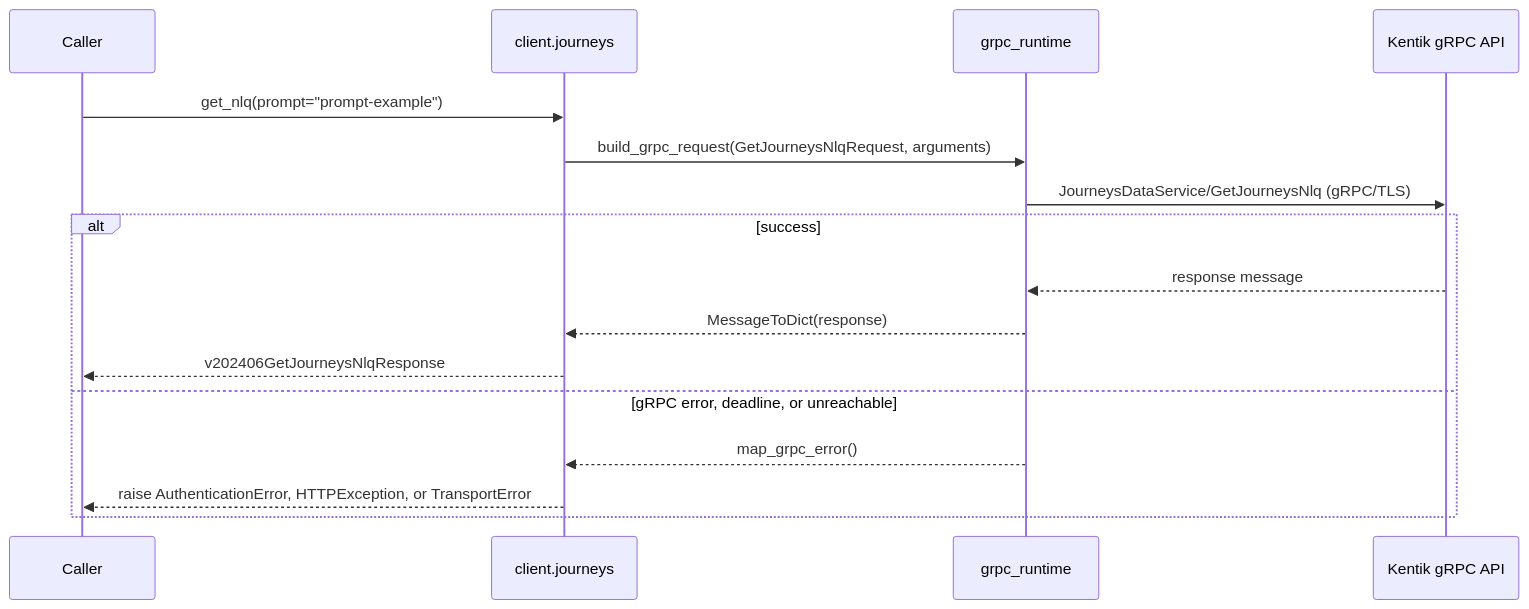
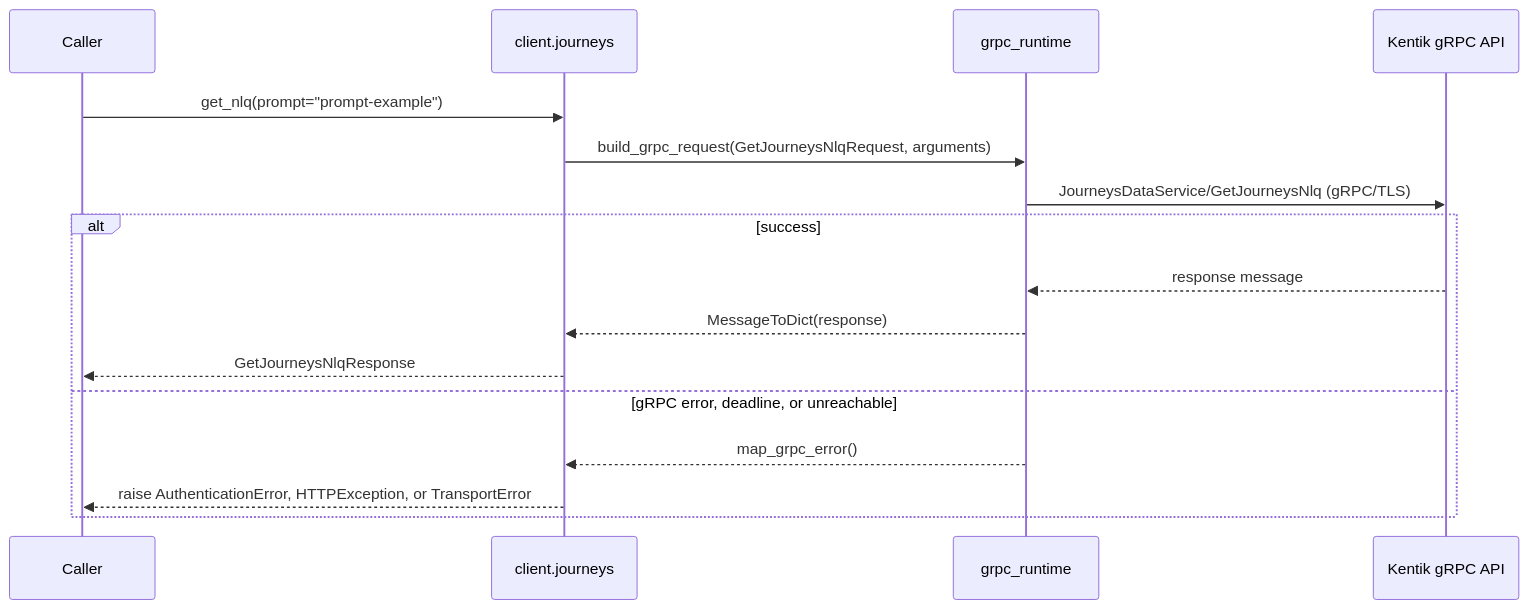
One commit to alexdearaujo/community_sdk_python changed the third of 4 diagrams in docs/sphinx/services/journeys.md. Above: the diagram before and after it, drawn with Mermaid. The commit also changed other lines of this file and 38 other files, not shown here.

````diff
--- a/docs/sphinx/services/journeys.md
+++ b/docs/sphinx/services/journeys.md
@@ -59,19 +59,19 @@
 ```mermaid
 sequenceDiagram
     participant C as Caller
     participant W as client.journeys
     participant R as grpc_runtime
     participant API as Kentik gRPC API
 
     C->>W: get_nlq(prompt="prompt-example")
     W->>R: build_grpc_request(GetJourneysNlqRequest, arguments)
     R->>API: JourneysDataService/GetJourneysNlq (gRPC/TLS)
     alt success
         API-->>R: response message
         R-->>W: MessageToDict(response)
-        W-->>C: v202406GetJourneysNlqResponse
+        W-->>C: GetJourneysNlqResponse
     else gRPC error, deadline, or unreachable
         R-->>W: map_grpc_error()
         W-->>C: raise AuthenticationError, HTTPException, or TransportError
     end
 ```
````
